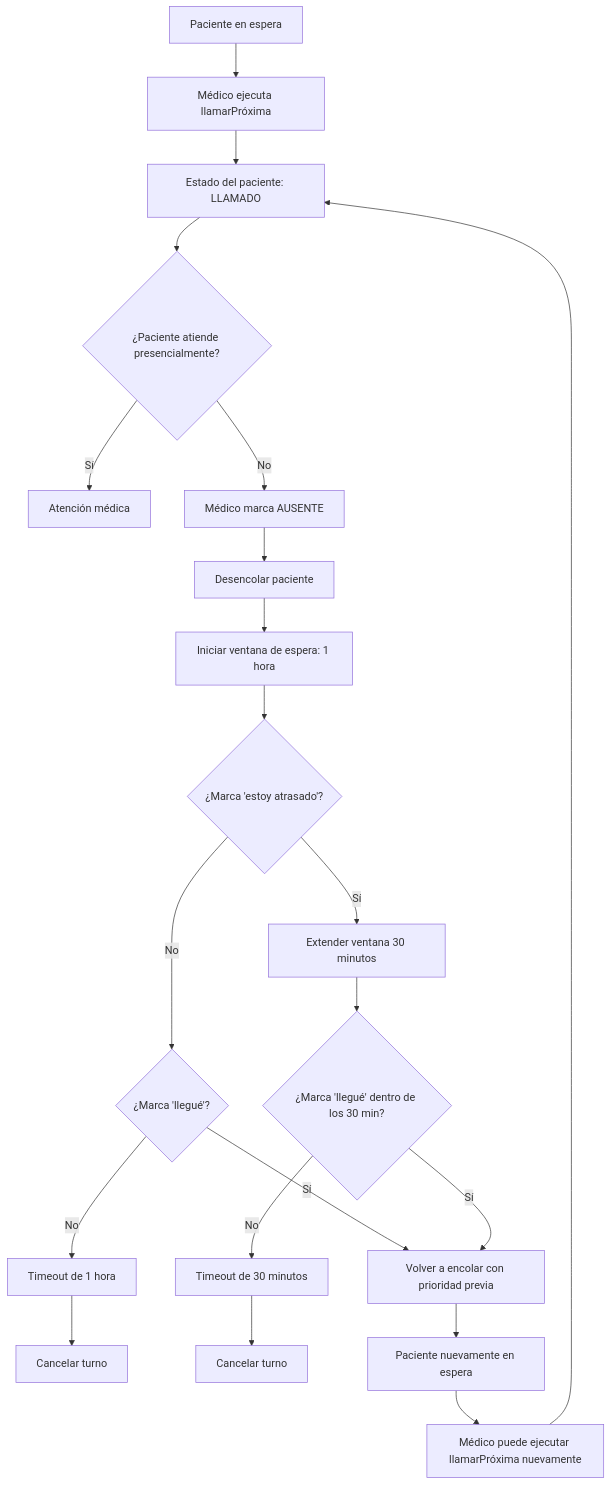
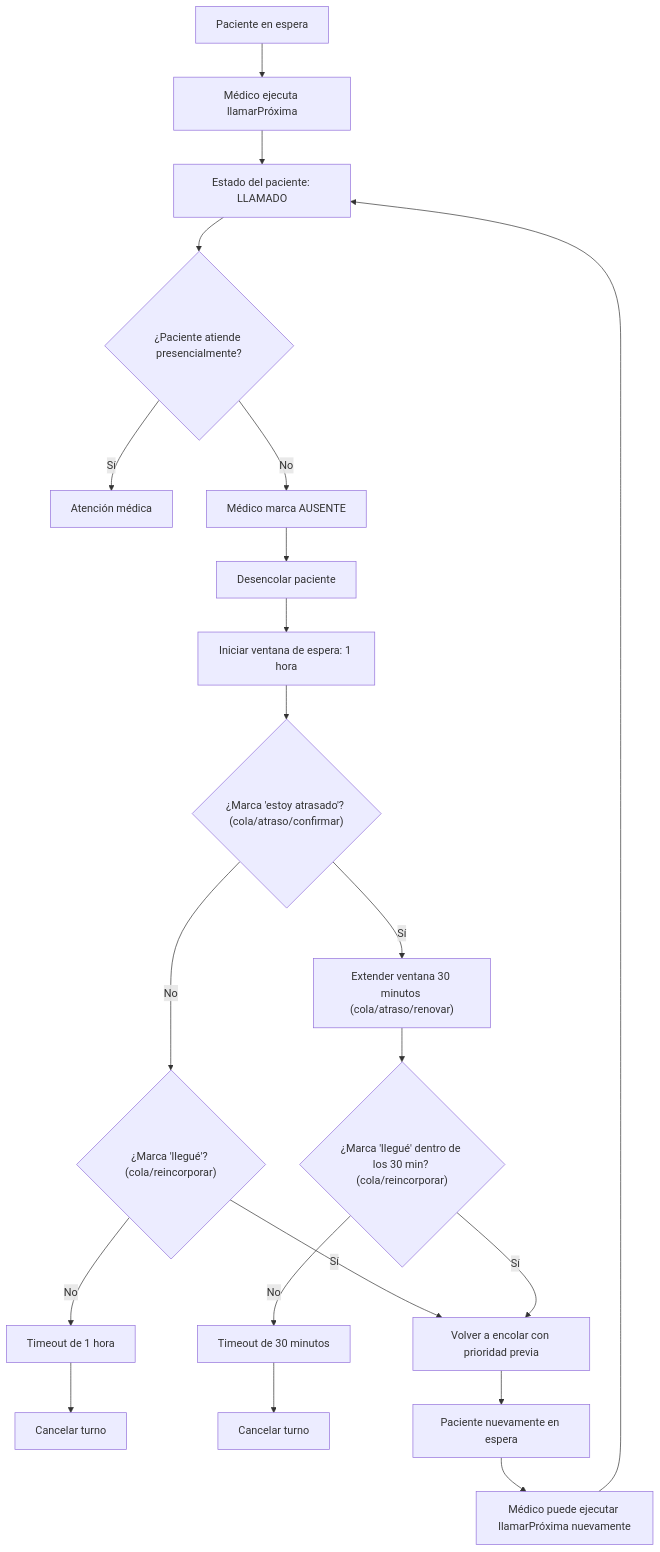
The fourth of 4 diagrams in docs/13-queue-flow.md (MatiasCanevaro/pretriage_backend), drawn with Mermaid before and after one commit. The commit also changed other lines of this file and 5 other files, not shown here.

````diff
--- a/docs/13-queue-flow.md
+++ b/docs/13-queue-flow.md
@@ -46,29 +46,29 @@
 ```mermaid
 flowchart TD
     A["Paciente en espera"] --> B["Médico ejecuta llamarPróxima"]
     B --> C["Estado del paciente: LLAMADO"]
     C --> D{"¿Paciente atiende presencialmente?"}
 
     D -->|"Sí"| E["Atención médica"]
     D -->|"No"| F["Médico marca AUSENTE"]
 
     F --> G["Desencolar paciente"]
     G --> H["Iniciar ventana de espera: 1 hora"]
-    H --> I{"¿Marca 'estoy atrasado'?"}
+    H --> I{"¿Marca 'estoy atrasado'? (cola/atraso/confirmar)"}
 
-    I -->|"No"| J{"¿Marca 'llegué'?"}
-    I -->|"Sí"| K["Extender ventana 30 minutos"]
+    I -->|"No"| J{"¿Marca 'llegué'? (cola/reincorporar)"}
+    I -->|"Sí"| K["Extender ventana 30 minutos (cola/atraso/renovar)"]
 
     J -->|"Sí"| L["Volver a encolar con prioridad previa"]
     J -->|"No"| M["Timeout de 1 hora"]
     M --> N["Cancelar turno"]
 
-    K --> O{"¿Marca 'llegué' dentro de los 30 min?"}
+    K --> O{"¿Marca 'llegué' dentro de los 30 min? (cola/reincorporar)"}
     O -->|"Sí"| L
     O -->|"No"| P["Timeout de 30 minutos"]
     P --> Q["Cancelar turno"]
 
     L --> R["Paciente nuevamente en espera"]
     R --> S["Médico puede ejecutar llamarPróxima nuevamente"]
     S --> C
 ```
````
